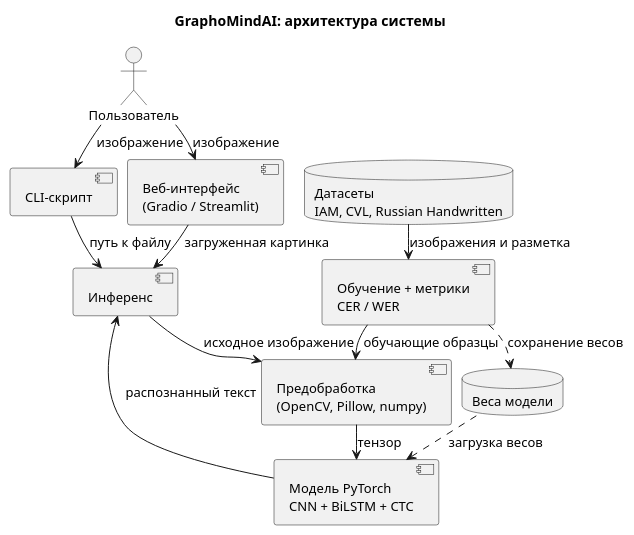
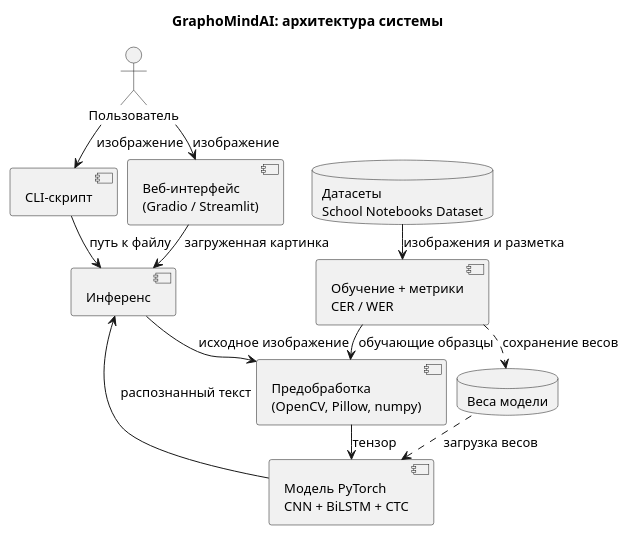
One commit to Diplom-coders2027/GraphoMindAI changed the second of 2 diagrams in docs/architecture.md. Above: the diagram before and after it, drawn with PlantUML. The commit also changed other lines of this file, not shown here.

Commit message:
Update datasets in architecture

````diff
--- a/docs/architecture.md
+++ b/docs/architecture.md
@@ -74,34 +74,34 @@
 ```plantuml
 @startuml
 title GraphoMindAI: архитектура системы
 
 skinparam nodesep 10
 skinparam ranksep 15
 skinparam shadowing false
 skinparam defaultFontSize 13
 
 actor "Пользователь" as User
 
 [CLI-скрипт] as CLI
 [Веб-интерфейс\n(Gradio / Streamlit)] as UI
 [Инференс] as Infer
 [Предобработка\n(OpenCV, Pillow, numpy)] as Pre
 [Модель PyTorch\nCNN + BiLSTM + CTC] as Model
 [Обучение + метрики\nCER / WER] as Train
-database "Датасеты\nIAM, CVL, Russian Handwritten" as DS
+database "Датасеты\nSchool Notebooks Dataset" as DS
 database "Веса модели" as W
 
 User --> CLI : изображение
 User --> UI : изображение
 CLI --> Infer : путь к файлу
 UI --> Infer : загруженная картинка
 Infer --> Pre : исходное изображение
 Pre --> Model : тензор
 Model --> Infer : распознанный текст
 W ..> Model : загрузка весов
 
 DS --> Train : изображения и разметка
 Train --> Pre : обучающие образцы
 Train ..> W : сохранение весов
 @enduml
 ```
````
